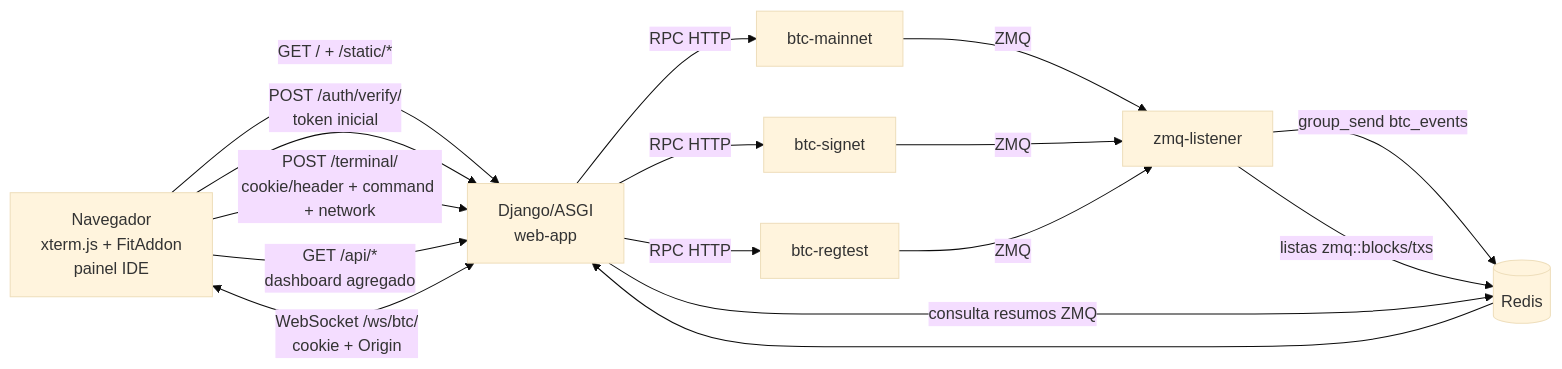
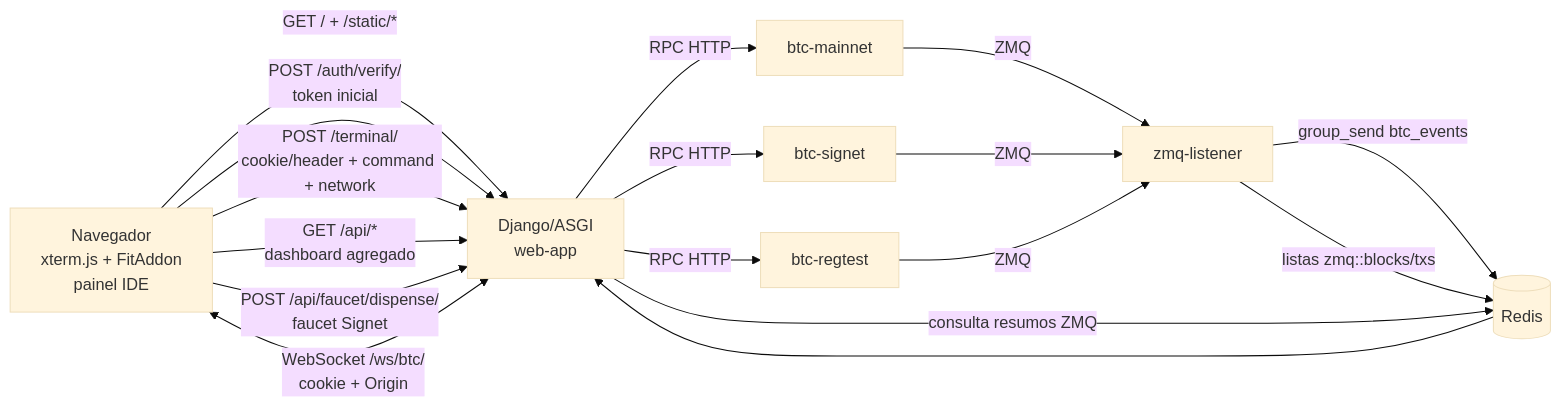
Before and after one commit to lyonpamplona/coreCraft_labs: the diagram in docs/arquitetura.md, drawn with Mermaid (base theme). The commit also changed other lines of this file and 32 other files, not shown here.

````diff
--- a/docs/arquitetura.md
+++ b/docs/arquitetura.md
@@ -9,20 +9,21 @@
 ```mermaid
 flowchart LR
     Browser[Navegador<br>xterm.js + FitAddon<br>painel IDE] -->|GET / + /static/*| Web[Django/ASGI<br>web-app]
     Browser -->|POST /auth/verify/<br>token inicial| Web
     Browser -->|POST /terminal/<br>cookie/header + command + network| Web
     Browser -->|GET /api/*<br>dashboard agregado| Web
+    Browser -->|POST /api/faucet/dispense/<br>faucet Signet| Web
     Browser <-->|WebSocket /ws/btc/<br>cookie + Origin| Web
 
     Web -->|RPC HTTP| Main[btc-mainnet]
     Web -->|RPC HTTP| Sig[btc-signet]
     Web -->|RPC HTTP| Reg[btc-regtest]
 
     Main -->|ZMQ| Listener[zmq-listener]
     Sig -->|ZMQ| Listener
     Reg -->|ZMQ| Listener
     Listener -->|group_send btc_events| Redis[(Redis)]
     Listener -->|listas zmq:<rede>:blocks/txs| Redis
     Web -->|consulta resumos ZMQ| Redis
     Redis --> Web
 ```
````
